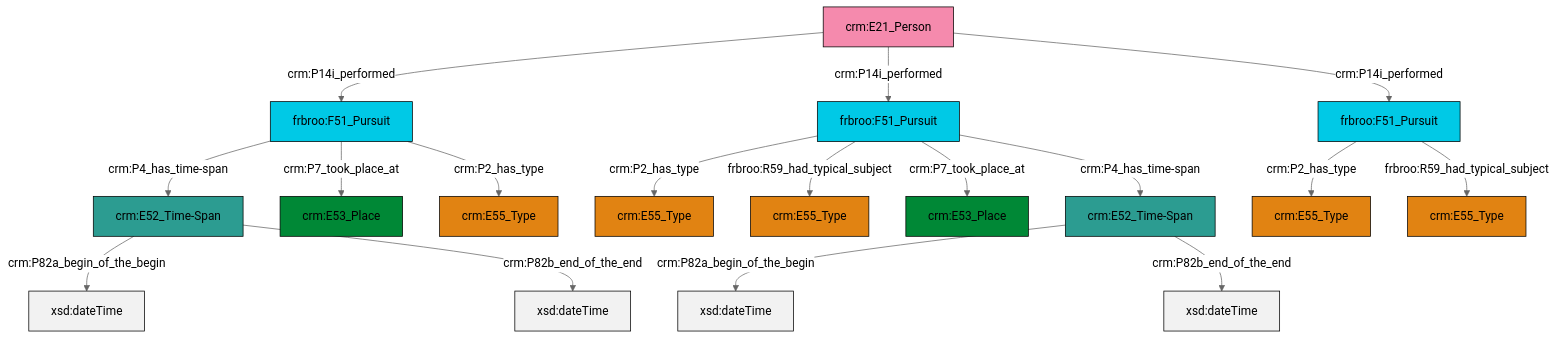
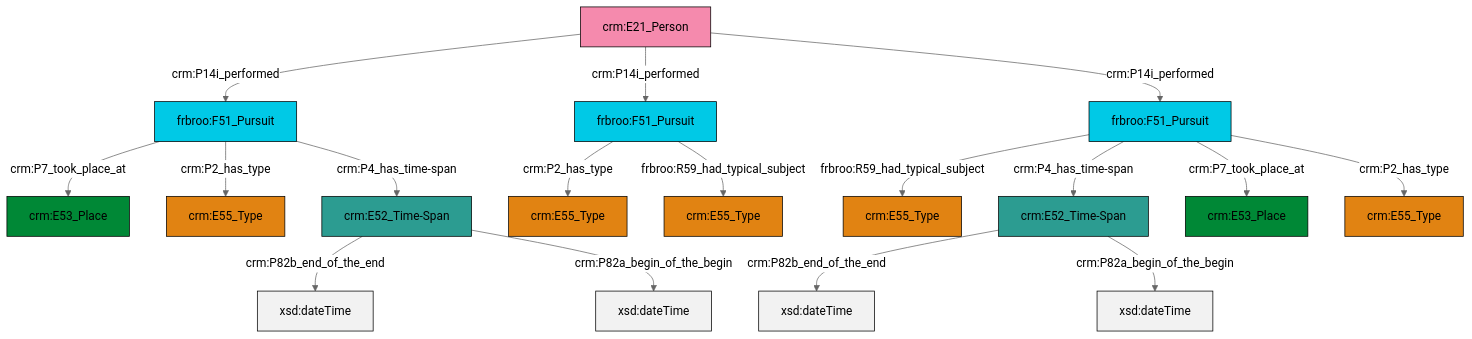
The diagram in et/personCSV/ttl/mmd/Person_Event.ttl.mmd (swiss-art-research-net/reference-data-models), drawn with Mermaid (neutral theme) before and after one commit. The commit also changed 150 other files, not shown here.

```diff
--- a/et/personCSV/ttl/mmd/Person_Event.ttl.mmd
+++ b/et/personCSV/ttl/mmd/Person_Event.ttl.mmd
@@ -1,31 +1,31 @@
 graph TD
 classDef Literal fill:#f2f2f2,stroke:#000000;
 classDef CRM_Entity fill:#FFFFFF,stroke:#000000;
 classDef Temporal_Entity fill:#00C9E6, stroke:#000000;
 classDef Type fill:#E18312, stroke:#000000;
 classDef Time-Span fill:#2C9C91, stroke:#000000;
 classDef Appellation fill:#FFEB7F, stroke:#000000;
 classDef Place fill:#008836, stroke:#000000;
 classDef Persistent_Item fill:#B266B2, stroke:#000000;
 classDef Conceptual_Object fill:#FFD700, stroke:#000000;
 classDef Physical_Thing fill:#D2B48C, stroke:#000000;
 classDef Actor fill:#f58aad, stroke:#000000;
 classDef PC_Classes fill:#4ce600, stroke:#000000;
 classDef Multi fill:#cccccc,stroke:#000000;
 
-0["frbroo:F51_Pursuit"]:::Temporal_Entity -->|crm:P4_has_time-span| 1["crm:E52_Time-Span"]:::Time-Span
-4["crm:E52_Time-Span"]:::Time-Span -->|crm:P82a_begin_of_the_begin| 5[xsd:dateTime]:::Literal
-1["crm:E52_Time-Span"]:::Time-Span -->|crm:P82a_begin_of_the_begin| 11[xsd:dateTime]:::Literal
-12["frbroo:F51_Pursuit"]:::Temporal_Entity -->|crm:P2_has_type| 13["crm:E55_Type"]:::Type
-0["frbroo:F51_Pursuit"]:::Temporal_Entity -->|crm:P7_took_place_at| 16["crm:E53_Place"]:::Place
-19["frbroo:F51_Pursuit"]:::Temporal_Entity -->|crm:P2_has_type| 2["crm:E55_Type"]:::Type
-12["frbroo:F51_Pursuit"]:::Temporal_Entity -->|frbroo:R59_had_typical_subject| 20["crm:E55_Type"]:::Type
-9["crm:E21_Person"]:::Actor -->|crm:P14i_performed| 0["frbroo:F51_Pursuit"]:::Temporal_Entity
-9["crm:E21_Person"]:::Actor -->|crm:P14i_performed| 12["frbroo:F51_Pursuit"]:::Temporal_Entity
-1["crm:E52_Time-Span"]:::Time-Span -->|crm:P82b_end_of_the_end| 22[xsd:dateTime]:::Literal
-0["frbroo:F51_Pursuit"]:::Temporal_Entity -->|crm:P2_has_type| 14["crm:E55_Type"]:::Type
-19["frbroo:F51_Pursuit"]:::Temporal_Entity -->|frbroo:R59_had_typical_subject| 17["crm:E55_Type"]:::Type
-4["crm:E52_Time-Span"]:::Time-Span -->|crm:P82b_end_of_the_end| 28[xsd:dateTime]:::Literal
-9["crm:E21_Person"]:::Actor -->|crm:P14i_performed| 19["frbroo:F51_Pursuit"]:::Temporal_Entity
-12["frbroo:F51_Pursuit"]:::Temporal_Entity -->|crm:P7_took_place_at| 7["crm:E53_Place"]:::Place
-12["frbroo:F51_Pursuit"]:::Temporal_Entity -->|crm:P4_has_time-span| 4["crm:E52_Time-Span"]:::Time-Span
+0["frbroo:F51_Pursuit"]:::Temporal_Entity -->|frbroo:R59_had_typical_subject| 1["crm:E55_Type"]:::Type
+2["frbroo:F51_Pursuit"]:::Temporal_Entity -->|crm:P7_took_place_at| 3["crm:E53_Place"]:::Place
+4["crm:E52_Time-Span"]:::Time-Span -->|crm:P82b_end_of_the_end| 5[xsd:dateTime]:::Literal
+0["frbroo:F51_Pursuit"]:::Temporal_Entity -->|crm:P4_has_time-span| 4["crm:E52_Time-Span"]:::Time-Span
+14["frbroo:F51_Pursuit"]:::Temporal_Entity -->|crm:P2_has_type| 7["crm:E55_Type"]:::Type
+4["crm:E52_Time-Span"]:::Time-Span -->|crm:P82a_begin_of_the_begin| 15[xsd:dateTime]:::Literal
+16["crm:E21_Person"]:::Actor -->|crm:P14i_performed| 2["frbroo:F51_Pursuit"]:::Temporal_Entity
+17["crm:E52_Time-Span"]:::Time-Span -->|crm:P82b_end_of_the_end| 18[xsd:dateTime]:::Literal
+0["frbroo:F51_Pursuit"]:::Temporal_Entity -->|crm:P7_took_place_at| 11["crm:E53_Place"]:::Place
+2["frbroo:F51_Pursuit"]:::Temporal_Entity -->|crm:P2_has_type| 24["crm:E55_Type"]:::Type
+0["frbroo:F51_Pursuit"]:::Temporal_Entity -->|crm:P2_has_type| 9["crm:E55_Type"]:::Type
+2["frbroo:F51_Pursuit"]:::Temporal_Entity -->|crm:P4_has_time-span| 17["crm:E52_Time-Span"]:::Time-Span
+16["crm:E21_Person"]:::Actor -->|crm:P14i_performed| 14["frbroo:F51_Pursuit"]:::Temporal_Entity
+17["crm:E52_Time-Span"]:::Time-Span -->|crm:P82a_begin_of_the_begin| 31[xsd:dateTime]:::Literal
+16["crm:E21_Person"]:::Actor -->|crm:P14i_performed| 0["frbroo:F51_Pursuit"]:::Temporal_Entity
+14["frbroo:F51_Pursuit"]:::Temporal_Entity -->|frbroo:R59_had_typical_subject| 26["crm:E55_Type"]:::Type
```
